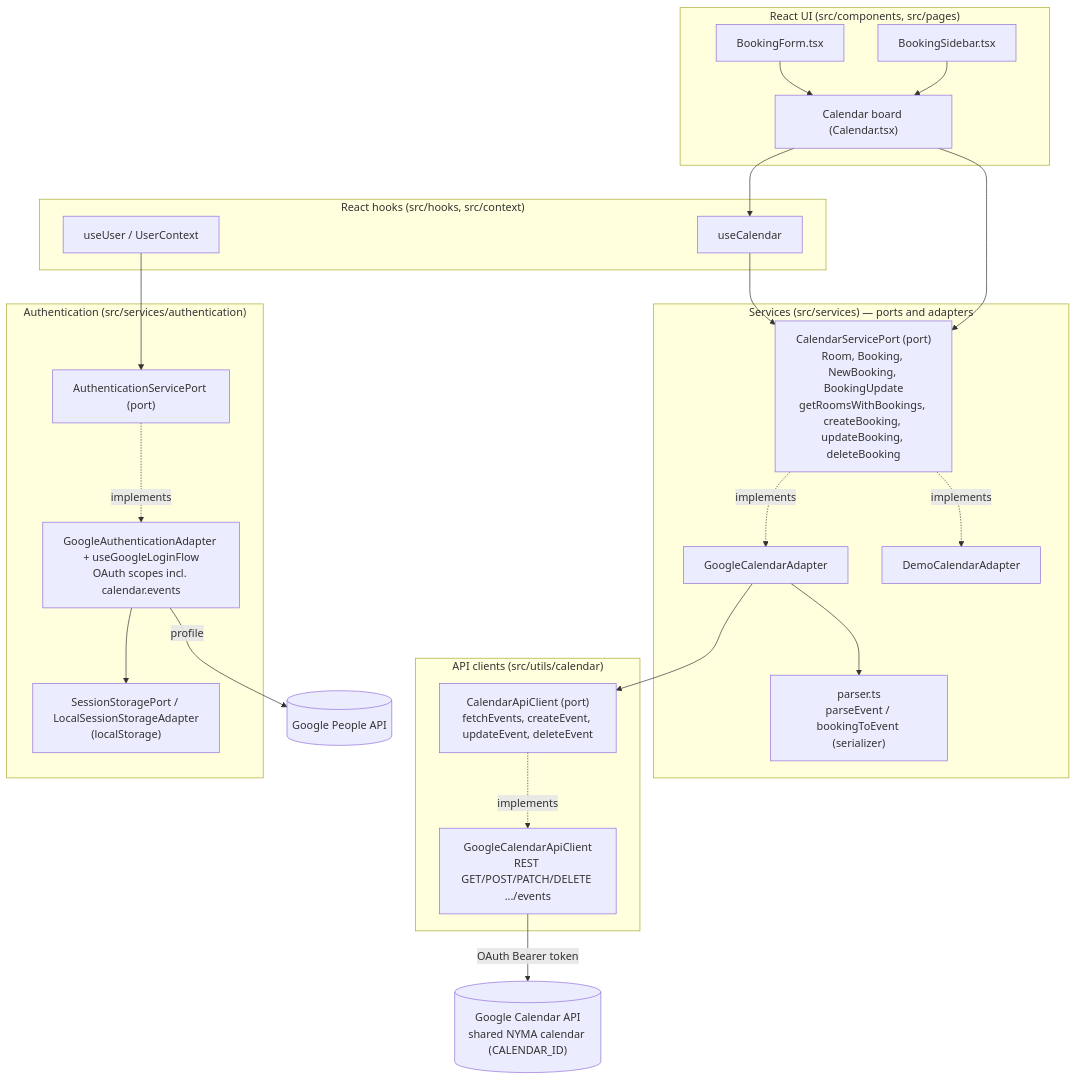
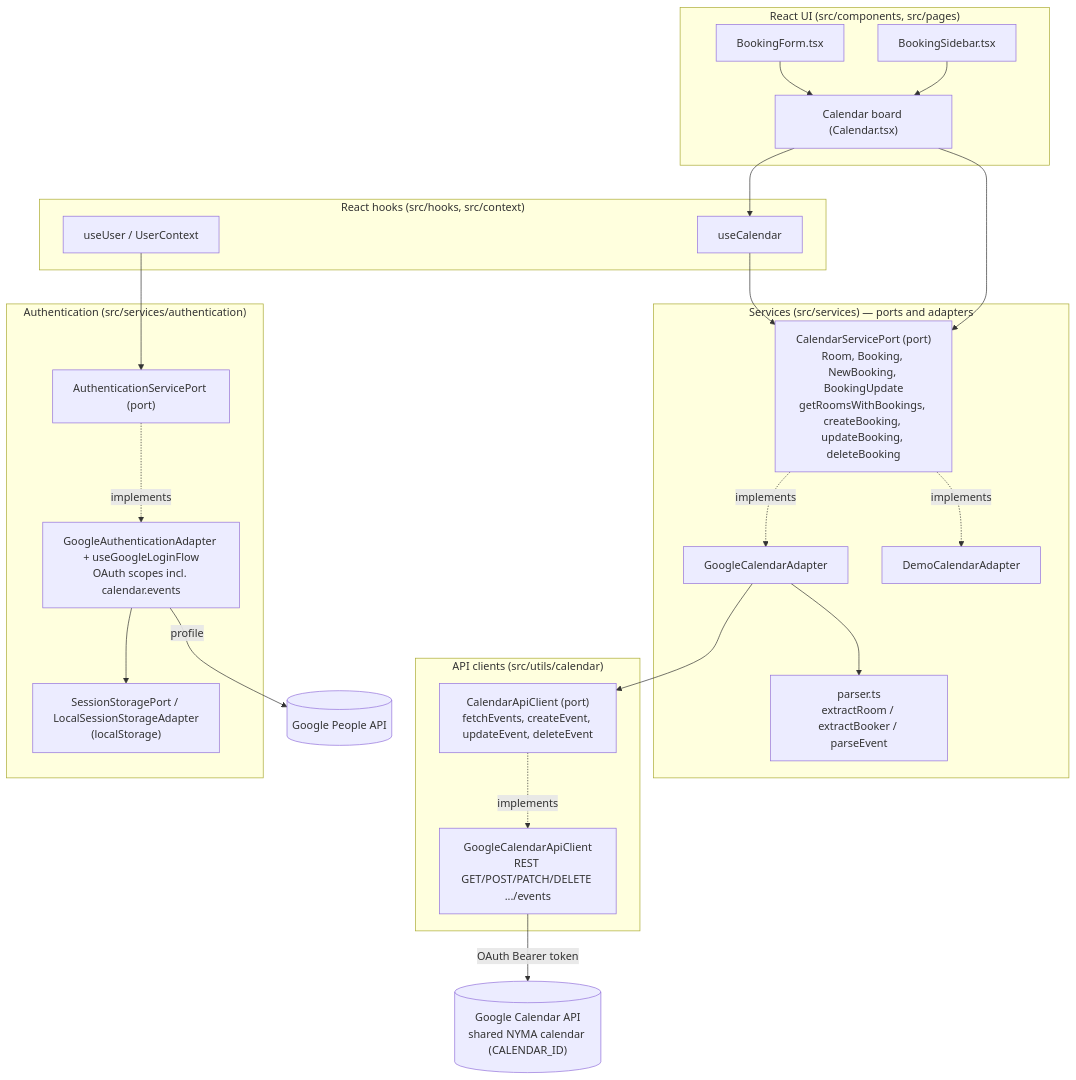
Before and after one commit to berkes/boekjehokje: the first of 4 diagrams in docs/architecture.md, drawn with Mermaid. The commit also changed other lines of this file and 8 other files, not shown here.

First line of the commit message:
refactor: move bookingToEvent to CalendarServicePort

````diff
--- a/docs/architecture.md
+++ b/docs/architecture.md
@@ -36,50 +37,50 @@
 ```mermaid
 flowchart TB
   subgraph ui["React UI (src/components, src/pages)"]
     Board["Calendar board (Calendar.tsx)"]
     Form["BookingForm.tsx"]
     Sidebar["BookingSidebar.tsx"]
   end
 
   subgraph hooks["React hooks (src/hooks, src/context)"]
     useCalendar["useCalendar"]
     useUser["useUser / UserContext"]
   end
 
   subgraph services["Services (src/services) — ports and adapters"]
     calPort["CalendarServicePort (port)<br/>Room, Booking, NewBooking, BookingUpdate<br/>getRoomsWithBookings, createBooking, updateBooking, deleteBooking"]
     googleAdapter["GoogleCalendarAdapter"]
     demoAdapter["DemoCalendarAdapter"]
-    parser["parser.ts<br/>parseEvent / bookingToEvent (serializer)"]
+    parser["parser.ts<br/>extractRoom / extractBooker / parseEvent"]
   end
 
   subgraph clients["API clients (src/utils/calendar)"]
     clientPort["CalendarApiClient (port)<br/>fetchEvents, createEvent, updateEvent, deleteEvent"]
     googleClient["GoogleCalendarApiClient<br/>REST GET/POST/PATCH/DELETE .../events"]
   end
 
   subgraph auth["Authentication (src/services/authentication)"]
     authPort["AuthenticationServicePort (port)"]
     googleAuth["GoogleAuthenticationAdapter + useGoogleLoginFlow<br/>OAuth scopes incl. calendar.events"]
     session["SessionStoragePort / LocalSessionStorageAdapter<br/>(localStorage)"]
   end
 
   googleAPI[("Google Calendar API<br/>shared NYMA calendar (CALENDAR_ID)")]
   peopleAPI[("Google People API")]
 
   Board --> useCalendar
   Form --> Board
   Sidebar --> Board
   useCalendar --> calPort
   Board --> calPort
   calPort -. implements .-> googleAdapter
   calPort -. implements .-> demoAdapter
   googleAdapter --> parser
   googleAdapter --> clientPort
   clientPort -. implements .-> googleClient
   googleClient -->|"OAuth Bearer token"| googleAPI
   useUser --> authPort
   authPort -. implements .-> googleAuth
   googleAuth --> session
   googleAuth -->|"profile"| peopleAPI
 ```
````
